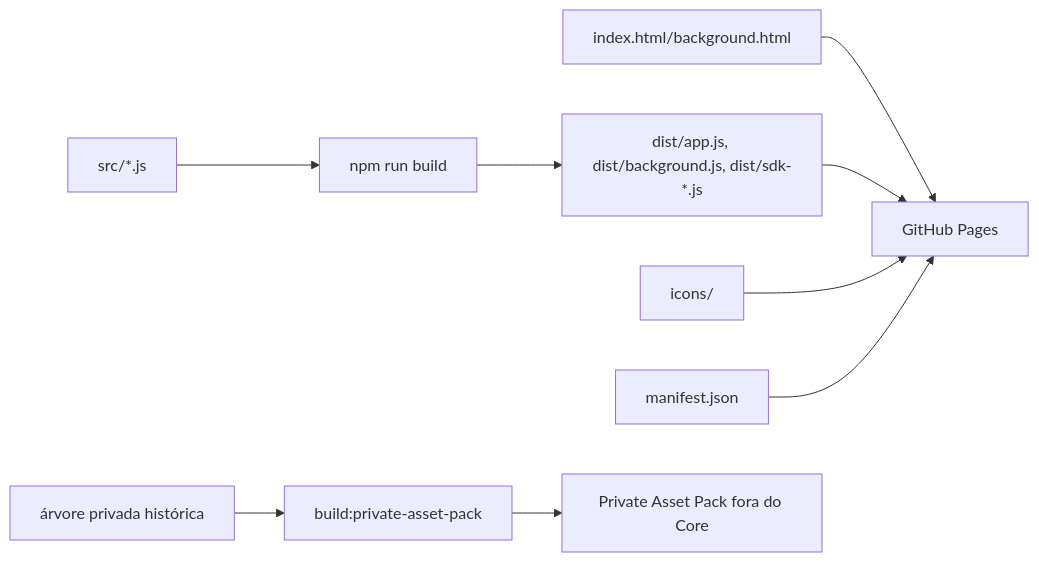
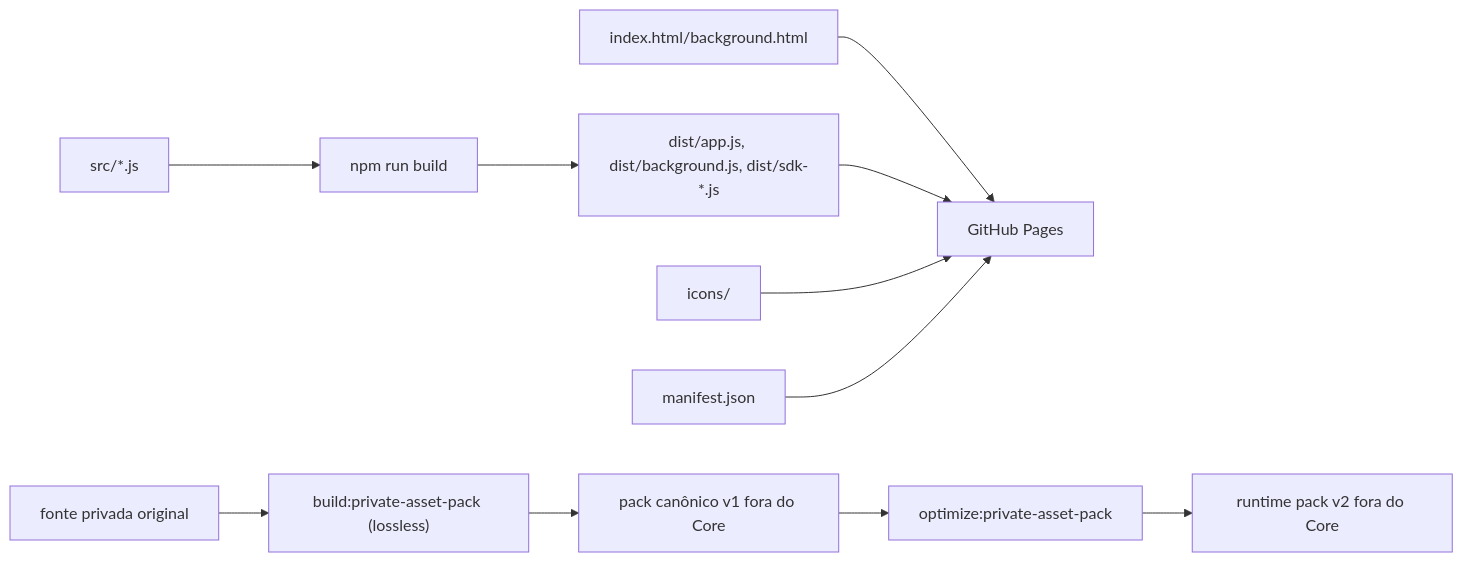
Before and after one commit to DemonRider0/Double-Sided-Cards: the ninth of 9 diagrams in docs/ARCHITECTURE.md, drawn with Mermaid. The commit also changed other lines of this file and 25 other files, not shown here.

````diff
--- a/docs/ARCHITECTURE.md
+++ b/docs/ARCHITECTURE.md
@@ -287,11 +283,13 @@
 ```mermaid
 flowchart LR
   src["src/*.js"] --> build["npm run build"]
   build --> dist["dist/app.js, dist/background.js, dist/sdk-*.js"]
   html["index.html/background.html"] --> public["GitHub Pages"]
   dist --> public
   icons["icons/"] --> public
   manifest["manifest.json"] --> public
-  source["árvore privada histórica"] --> packBuild["build:private-asset-pack"]
-  packBuild --> private["Private Asset Pack fora do Core"]
+  source["fonte privada original"] --> packBuild["build:private-asset-pack (lossless)"]
+  packBuild --> canonical["pack canônico v1 fora do Core"]
+  canonical --> optimize["optimize:private-asset-pack"]
+  optimize --> private["runtime pack v2 fora do Core"]
 ```
````
